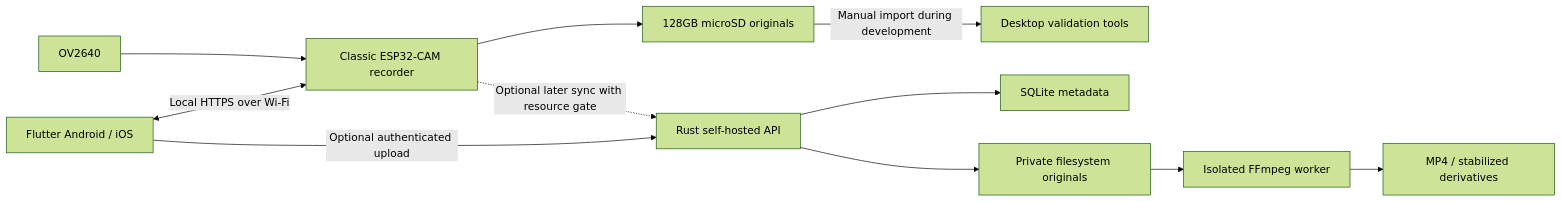
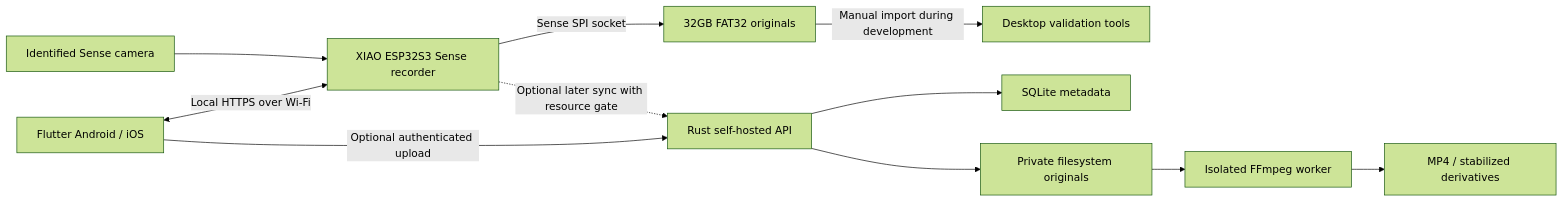
One commit to Zensor-lab/vdog changed the diagram in docs/architecture.md. Above: the diagram before and after it, drawn with Mermaid (forest theme). The commit also changed other lines of this file and 17 other files, not shown here.

````diff
--- a/docs/architecture.md
+++ b/docs/architecture.md
@@ -8,13 +9,13 @@
 ```mermaid
 flowchart LR
-  Camera[OV2640] --> Recorder[Classic ESP32-CAM recorder]
-  Recorder --> SD[128GB microSD originals]
+  Camera[Identified Sense camera] --> Recorder[XIAO ESP32S3 Sense recorder]
+  Recorder -->|Sense SPI socket| SD[32GB FAT32 originals]
   Phone[Flutter Android / iOS] <-->|Local HTTPS over Wi-Fi| Recorder
   SD -->|Manual import during development| Tools[Desktop validation tools]
   Phone -->|Optional authenticated upload| API[Rust self-hosted API]
   Recorder -.->|Optional later sync with resource gate| API
   API --> DB[SQLite metadata]
   API --> Store[Private filesystem originals]
   Store --> Worker[Isolated FFmpeg worker]
   Worker --> Exports[MP4 / stabilized derivatives]
 ```
````
